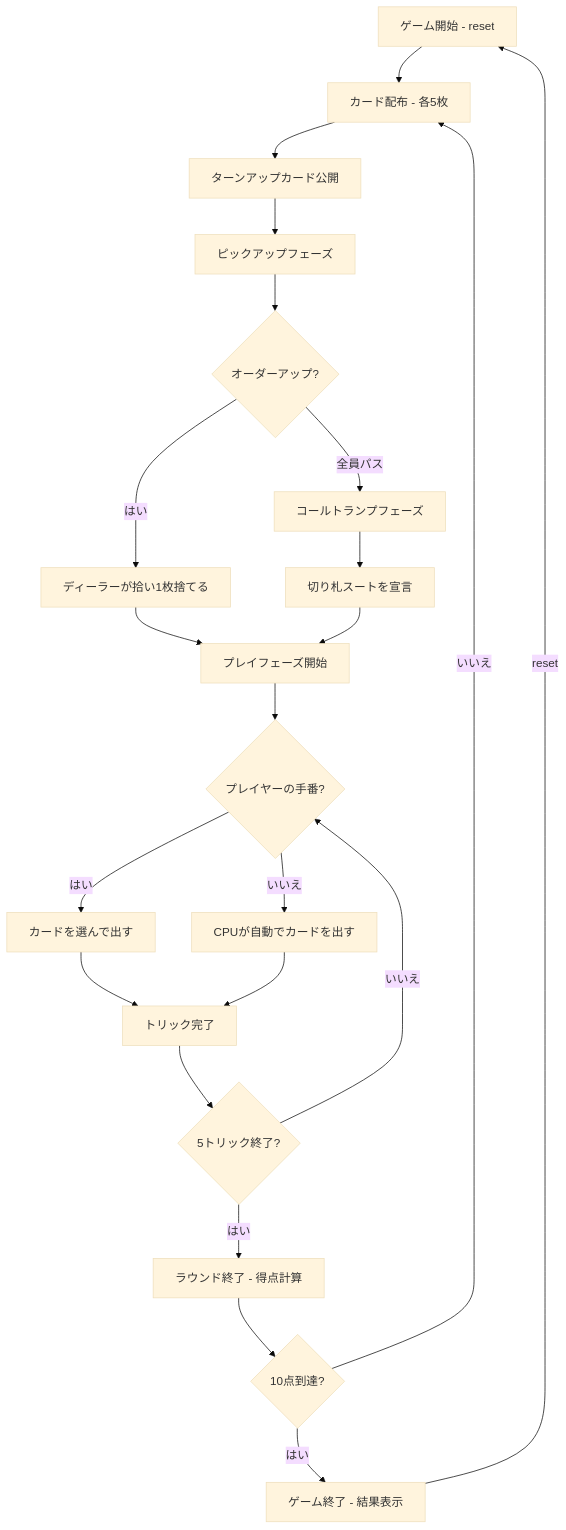
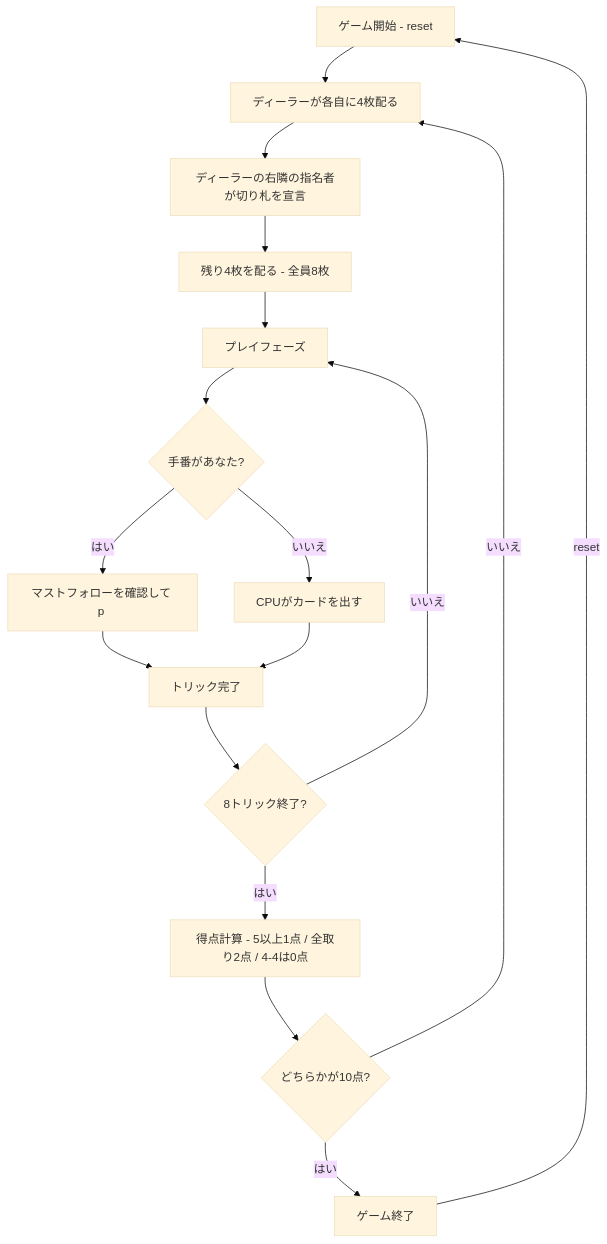
Before and after one commit to yuta-yoshinaga/go_trumpcards: the diagram in docs/manual/cui/omi.md, drawn with Mermaid (base theme). The commit also changed other lines of this file and 10 other files, not shown here.

````diff
--- a/docs/manual/cui/omi.md
+++ b/docs/manual/cui/omi.md
@@ -54,24 +39,19 @@
 ```mermaid
 flowchart TD
-    A[ゲーム開始 - reset] --> B[カード配布 - 各5枚]
-    B --> C[ターンアップカード公開]
-    C --> D[ピックアップフェーズ]
-    D --> E{オーダーアップ?}
-    E -->|はい| F[ディーラーが拾い1枚捨てる]
-    E -->|全員パス| G[コールトランプフェーズ]
-    G --> H[切り札スートを宣言]
-    F --> I[プレイフェーズ開始]
+    A[ゲーム開始 - reset] --> B[ディーラーが各自に4枚配る]
+    B --> C[ディーラーの右隣の指名者が切り札を宣言]
+    C --> D[残り4枚を配る - 全員8枚]
+    D --> E[プレイフェーズ]
+    E --> F{手番があなた?}
+    F -->|はい| G[マストフォローを確認して p <i>]
+    F -->|いいえ| H[CPUがカードを出す]
+    G --> I[トリック完了]
     H --> I
-    I --> J{プレイヤーの手番?}
-    J -->|はい| K[カードを選んで出す]
-    J -->|いいえ| L[CPUが自動でカードを出す]
-    K --> M[トリック完了]
-    L --> M
-    M --> N{5トリック終了?}
-    N -->|いいえ| J
-    N -->|はい| O[ラウンド終了 - 得点計算]
-    O --> P{10点到達?}
-    P -->|いいえ| B
-    P -->|はい| Q[ゲーム終了 - 結果表示]
-    Q -->|reset| A
+    I --> J{8トリック終了?}
+    J -->|いいえ| E
+    J -->|はい| K[得点計算 - 5以上1点 / 全取り2点 / 4-4は0点]
+    K --> L{どちらかが10点?}
+    L -->|いいえ| B
+    L -->|はい| M[ゲーム終了]
+    M -->|reset| A
 ```
````
